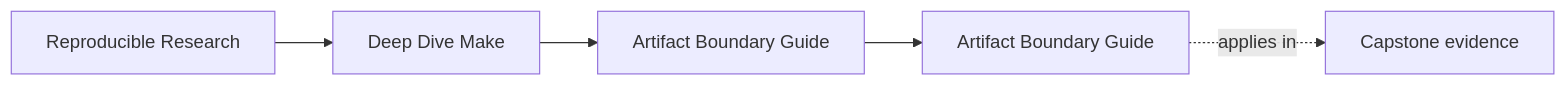
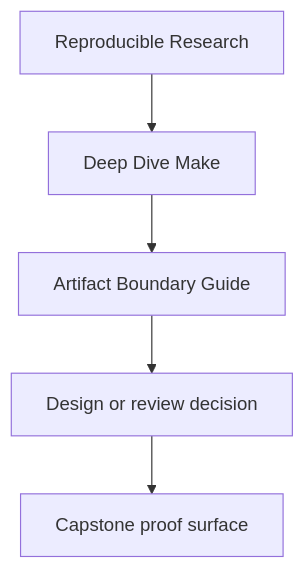
Before and after one commit to bijux/bijux-masterclass: the first of 2 diagrams in programs/reproducible-research/deep-dive-make/course-book/reference/artifact-boundary-guide.md, drawn with Mermaid. The commit also changed other lines of this file and 29 other files, not shown here.

Commit message:
docs(deep-dive-make): sharpen guide and reference diagrams

````diff
--- a/programs/reproducible-research/deep-dive-make/course-book/reference/artifact-boundary-guide.md
+++ b/programs/reproducible-research/deep-dive-make/course-book/reference/artifact-boundary-guide.md
@@ -9,11 +9,7 @@
 ```mermaid
-graph LR
-  family["Reproducible Research"]
-  program["Deep Dive Make"]
-  section["Artifact Boundary Guide"]
-  page["Artifact Boundary Guide"]
-  capstone["Capstone evidence"]
-
-  family --> program --> section --> page
-  page -.applies in.-> capstone
+flowchart TD
+  family["Reproducible Research"] --> program["Deep Dive Make"]
+  program --> reference["Artifact Boundary Guide"]
+  reference --> review["Design or review decision"]
+  review --> capstone["Capstone proof surface"]
 ```
````
